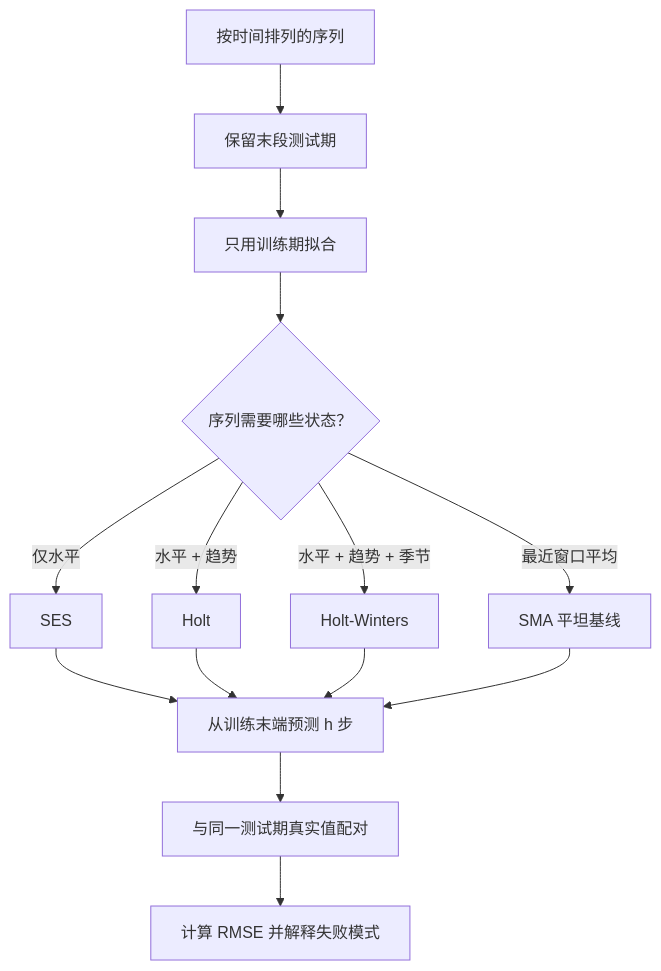
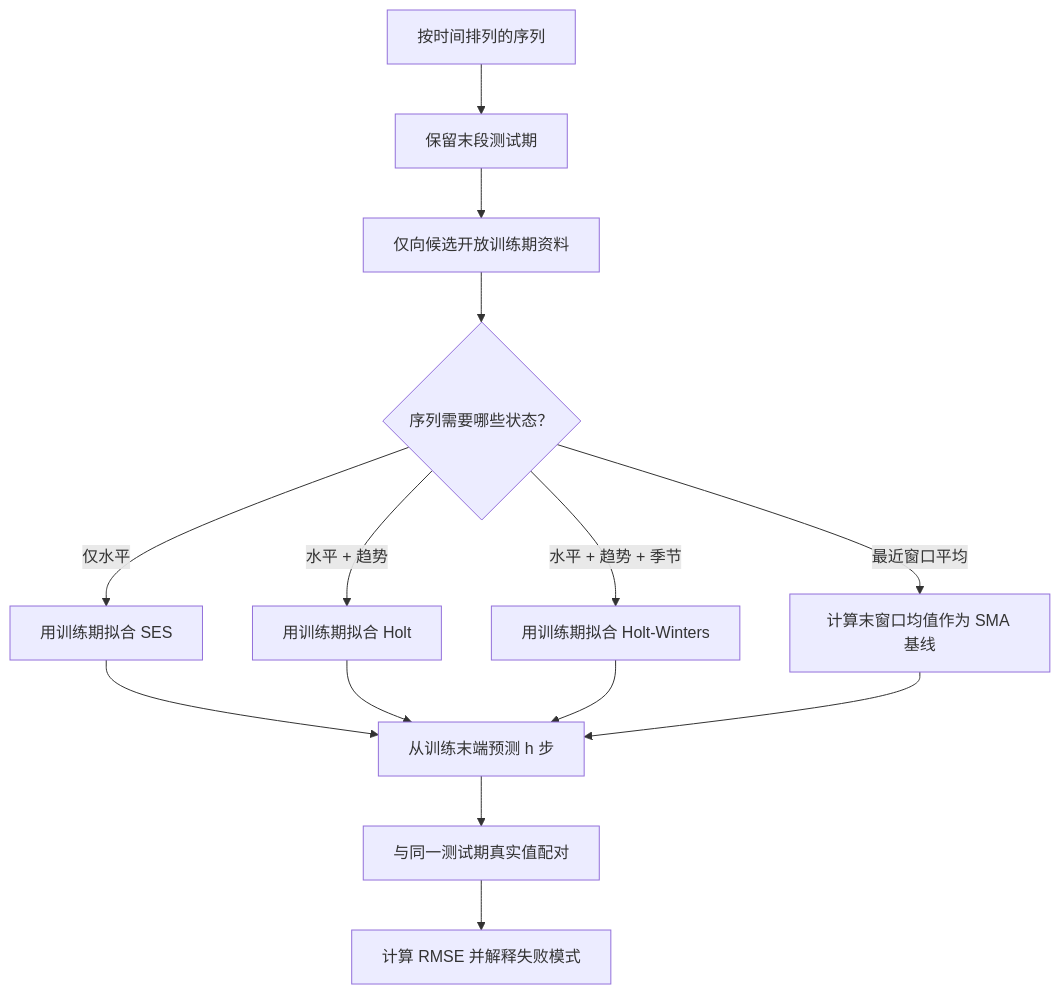
One commit to CercaTrovato/cityu-ai-course-notes changed the third of 3 diagrams in IS6400_Business_Data_Analytics/notes/T08-时间序列实战-销量与季度季节性.md. Above: the diagram before and after it, drawn with Mermaid. The commit also changed other lines of this file and 86 other files, not shown here.

````diff
--- a/IS6400_Business_Data_Analytics/notes/T08-时间序列实战-销量与季度季节性.md
+++ b/IS6400_Business_Data_Analytics/notes/T08-时间序列实战-销量与季度季节性.md
@@ -1011,16 +1110,16 @@
 ```mermaid
 flowchart TD
     A["按时间排列的序列"] --> B["保留末段测试期"]
-    B --> C["只用训练期拟合"]
+    B --> C["仅向候选开放训练期资料"]
     C --> D{"序列需要哪些状态？"}
-    D -->|仅水平| E["SES"]
-    D -->|水平 + 趋势| F["Holt"]
-    D -->|水平 + 趋势 + 季节| G["Holt-Winters"]
-    D -->|最近窗口平均| H["SMA 平坦基线"]
+    D -->|仅水平| E["用训练期拟合 SES"]
+    D -->|水平 + 趋势| F["用训练期拟合 Holt"]
+    D -->|水平 + 趋势 + 季节| G["用训练期拟合 Holt-Winters"]
+    D -->|最近窗口平均| H["计算末窗口均值作为 SMA 基线"]
     E --> I["从训练末端预测 h 步"]
     F --> I
     G --> I
     H --> I
     I --> J["与同一测试期真实值配对"]
     J --> K["计算 RMSE 并解释失败模式"]
 ```
````
